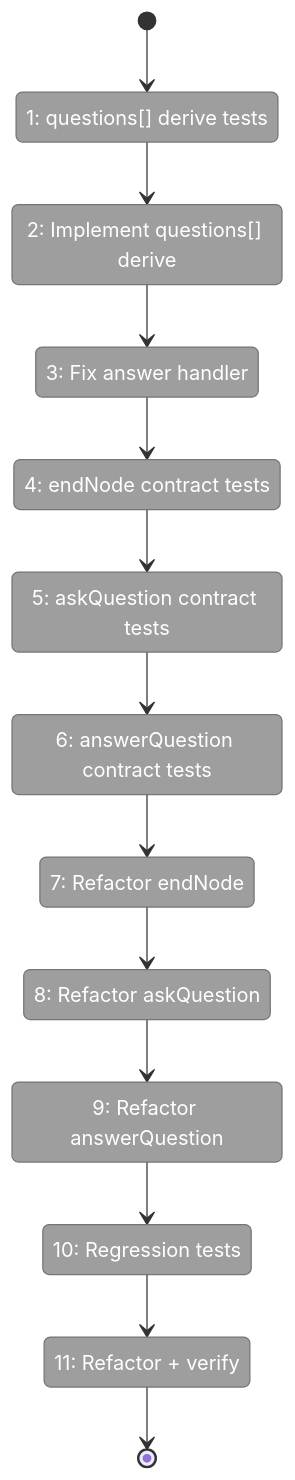
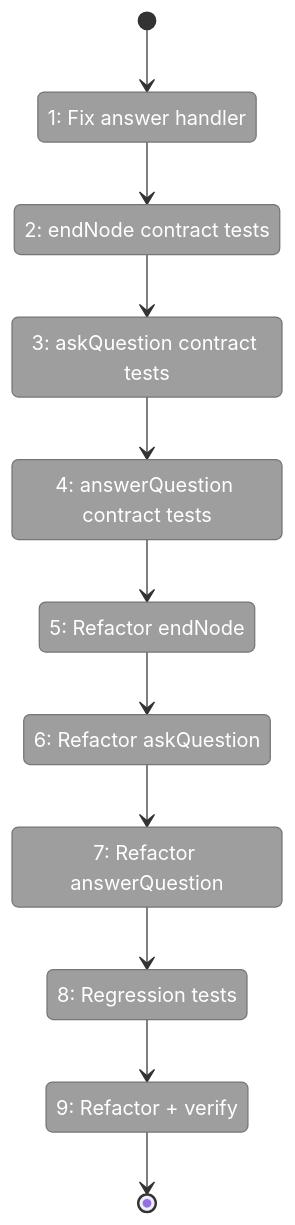
The first of 2 diagrams in docs/plans/032-node-event-system/tasks/phase-5-service-method-wrappers/tasks.fltplan.md (AI-Substrate/chainglass), drawn with Mermaid before and after one commit. The commit also changed other lines of this file and 10 other files, not shown here.

````diff
--- a/docs/plans/032-node-event-system/tasks/phase-5-service-method-wrappers/tasks.fltplan.md
+++ b/docs/plans/032-node-event-system/tasks/phase-5-service-method-wrappers/tasks.fltplan.md
@@ -22,34 +22,30 @@
 ```mermaid
 stateDiagram-v2
     classDef pending fill:#9E9E9E,stroke:#757575,color:#fff
     classDef active fill:#FFC107,stroke:#FFA000,color:#000
     classDef done fill:#4CAF50,stroke:#388E3C,color:#fff
     classDef blocked fill:#F44336,stroke:#D32F2F,color:#fff
 
-    state "1: questions[] derive tests" as S1
-    state "2: Implement questions[] derive" as S2
-    state "3: Fix answer handler" as S3
-    state "4: endNode contract tests" as S4
-    state "5: askQuestion contract tests" as S5
-    state "6: answerQuestion contract tests" as S6
-    state "7: Refactor endNode" as S7
-    state "8: Refactor askQuestion" as S8
-    state "9: Refactor answerQuestion" as S9
-    state "10: Regression tests" as S10
-    state "11: Refactor + verify" as S11
+    state "1: Fix answer handler" as S1
+    state "2: endNode contract tests" as S2
+    state "3: askQuestion contract tests" as S3
+    state "4: answerQuestion contract tests" as S4
+    state "5: Refactor endNode" as S5
+    state "6: Refactor askQuestion" as S6
+    state "7: Refactor answerQuestion" as S7
+    state "8: Regression tests" as S8
+    state "9: Refactor + verify" as S9
 
     [*] --> S1
     S1 --> S2
     S2 --> S3
     S3 --> S4
     S4 --> S5
     S5 --> S6
     S6 --> S7
     S7 --> S8
     S8 --> S9
-    S9 --> S10
-    S10 --> S11
-    S11 --> [*]
+    S9 --> [*]
 
-    class S1,S2,S3,S4,S5,S6,S7,S8,S9,S10,S11 pending
+    class S1,S2,S3,S4,S5,S6,S7,S8,S9 pending
 ```
````
